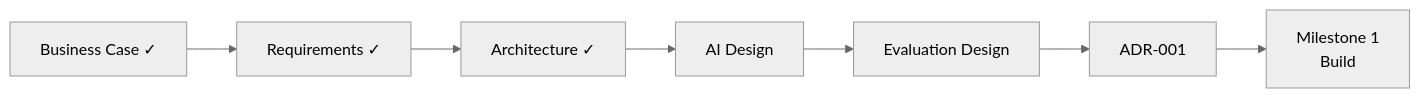
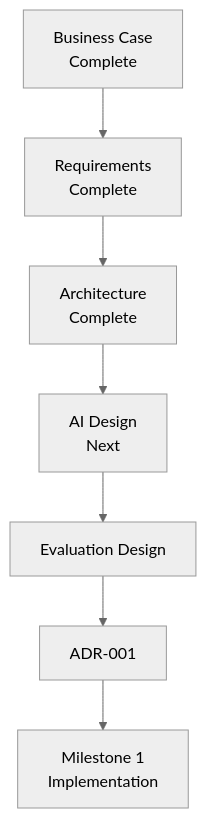
Before and after one commit to hammedfataio/Sigvora: the third of 3 diagrams in README.md, drawn with Mermaid (neutral theme). The commit also changed other lines of this file, not shown here.

````diff
--- a/README.md
+++ b/README.md
@@ -202,9 +376,24 @@
 ```mermaid
-flowchart LR
-    A["Business Case ✓"] --> B["Requirements ✓"]
-    B --> C["Architecture ✓"]
-    C --> D["AI Design"]
-    D --> E["Evaluation Design"]
-    E --> F["ADR-001"]
-    F --> G["Milestone 1<br/>Build"]
+flowchart TD
+
+    A["Business Case<br/>Complete"]
+
+    B["Requirements<br/>Complete"]
+
+    C["Architecture<br/>Complete"]
+
+    D["AI Design<br/>Next"]
+
+    E["Evaluation Design"]
+
+    F["ADR-001"]
+
+    G["Milestone 1<br/>Implementation"]
+
+    A --> B
+    B --> C
+    C --> D
+    D --> E
+    E --> F
+    F --> G
 ```
````
